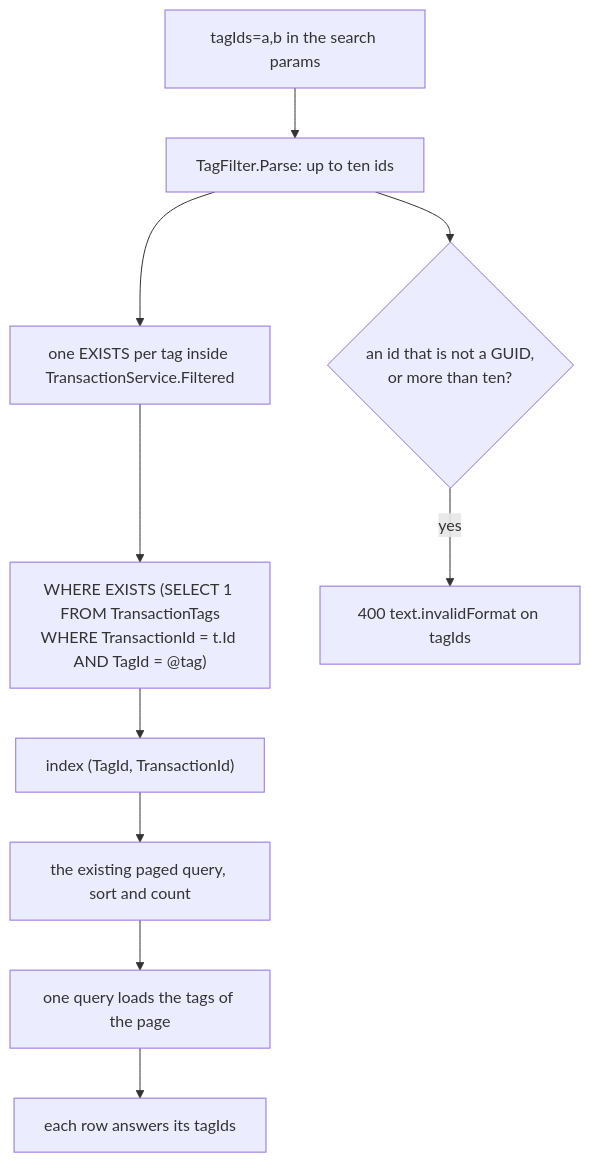
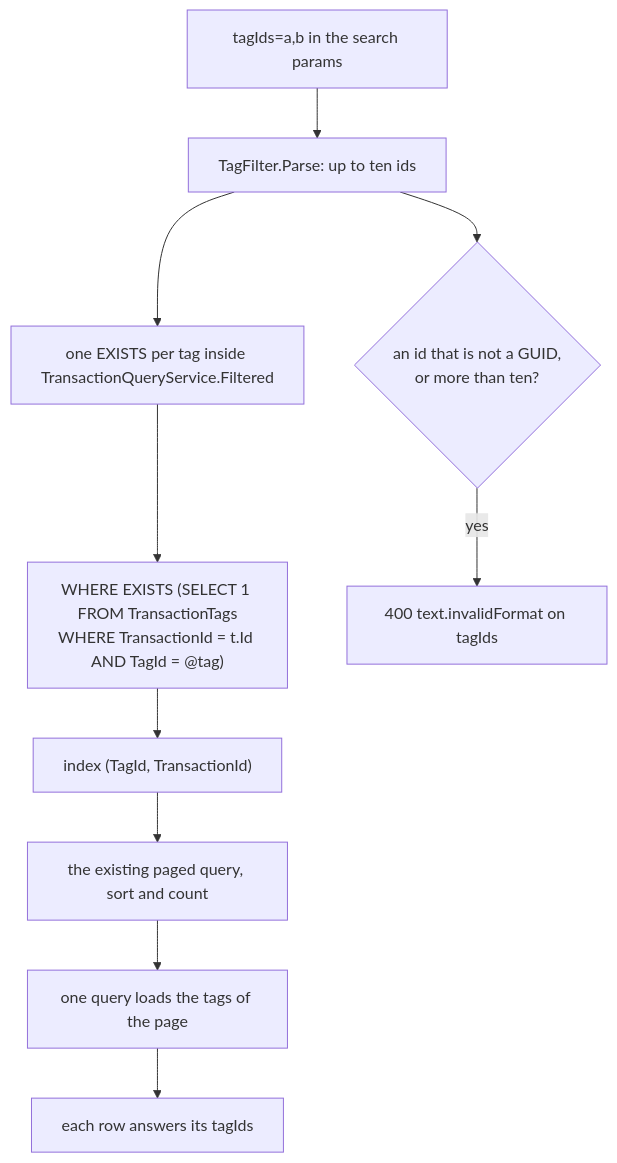
The second of 3 diagrams in docs/features/tags.md (Justxs/Jx-Finance), drawn with Mermaid before and after one commit. The commit also changed 110 other files, not shown here.

First line of the commit message:
refactor(backend): split large services and enforce layering in architecture tests

````diff
--- a/docs/features/tags.md
+++ b/docs/features/tags.md
@@ -53,12 +53,12 @@
 ```mermaid
 flowchart TD
     Url["tagIds=a,b in the search params"] --> Parse["TagFilter.Parse: up to ten ids"]
-    Parse --> Loop["one EXISTS per tag inside TransactionService.Filtered"]
+    Parse --> Loop["one EXISTS per tag inside TransactionQueryService.Filtered"]
     Loop --> Sql["WHERE EXISTS (SELECT 1 FROM TransactionTags<br/>WHERE TransactionId = t.Id AND TagId = @tag)"]
     Sql --> Index["index (TagId, TransactionId)"]
     Index --> Page["the existing paged query, sort and count"]
     Parse --> Bad{"an id that is not a GUID,<br/>or more than ten?"}
     Bad -->|"yes"| Reject["400 text.invalidFormat on tagIds"]
     Page --> Load["one query loads the tags of the page"]
     Load --> Rows["each row answers its tagIds"]
 ```
````
